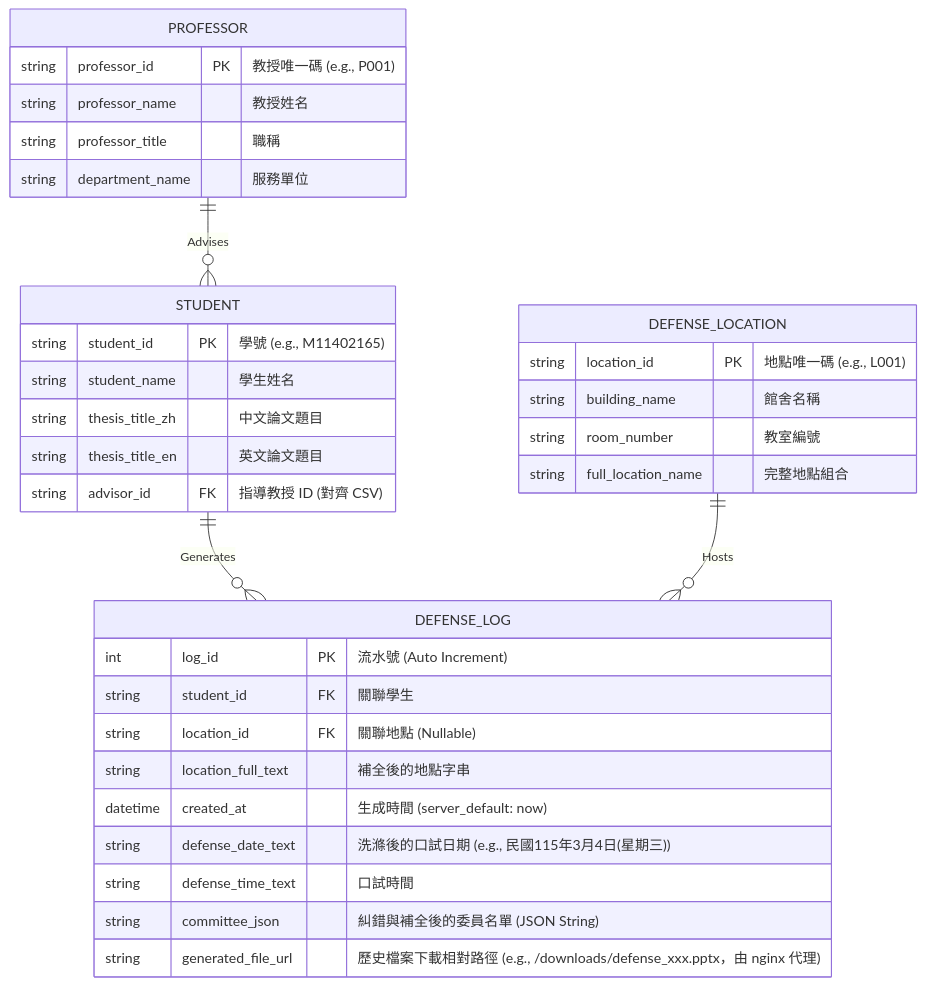
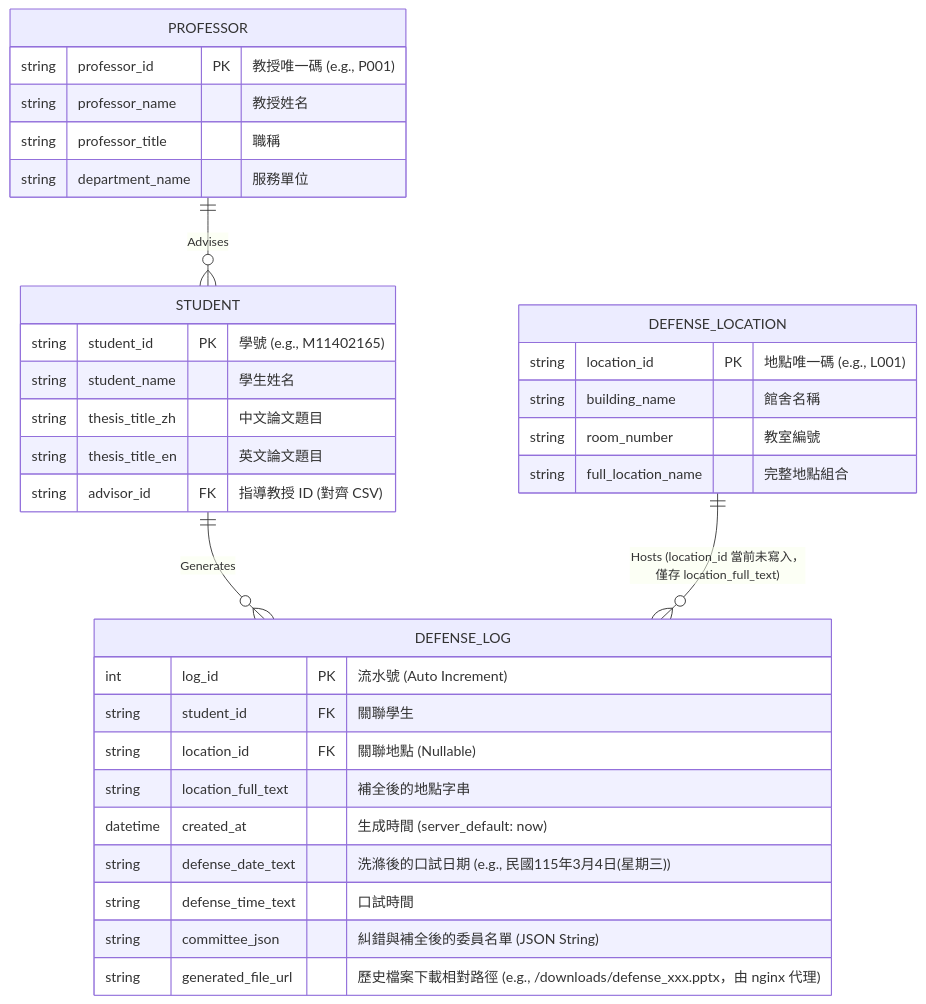
Before and after one commit to NTUST-Lab-training/defense-bot: the diagram in docs/SCHEMA.md, drawn with Mermaid. The commit also changed 3 other files, not shown here.

````diff
--- a/docs/SCHEMA.md
+++ b/docs/SCHEMA.md
@@ -11,40 +11,40 @@
 ```mermaid
 erDiagram
     STUDENT {
         string student_id PK "學號 (e.g., M11402165)"
         string student_name "學生姓名"
         string thesis_title_zh "中文論文題目"
         string thesis_title_en "英文論文題目"
         string advisor_id FK "指導教授 ID (對齊 CSV)"
     }
 
     PROFESSOR {
         string professor_id PK "教授唯一碼 (e.g., P001)"
         string professor_name "教授姓名"
         string professor_title "職稱"
         string department_name "服務單位"
     }
 
     DEFENSE_LOCATION {
         string location_id PK "地點唯一碼 (e.g., L001)"
         string building_name "館舍名稱"
         string room_number "教室編號"
         string full_location_name "完整地點組合"
     }
 
     DEFENSE_LOG {
         int log_id PK "流水號 (Auto Increment)"
         string student_id FK "關聯學生"
         string location_id FK "關聯地點 (Nullable)"
         string location_full_text "補全後的地點字串"
         datetime created_at "生成時間 (server_default: now)"
         string defense_date_text "洗滌後的口試日期 (e.g., 民國115年3月4日(星期三))"
         string defense_time_text "口試時間"
         string committee_json "糾錯與補全後的委員名單 (JSON String)"
         string generated_file_url "歷史檔案下載相對路徑 (e.g., /downloads/defense_xxx.pptx，由 nginx 代理)"
     }
 
     PROFESSOR ||--o{ STUDENT : "Advises"
     STUDENT ||--o{ DEFENSE_LOG : "Generates"
-    DEFENSE_LOCATION ||--o{ DEFENSE_LOG : "Hosts"
+    DEFENSE_LOCATION ||--o{ DEFENSE_LOG : "Hosts (location_id 當前未寫入，僅存 location_full_text)"
 ```
````
